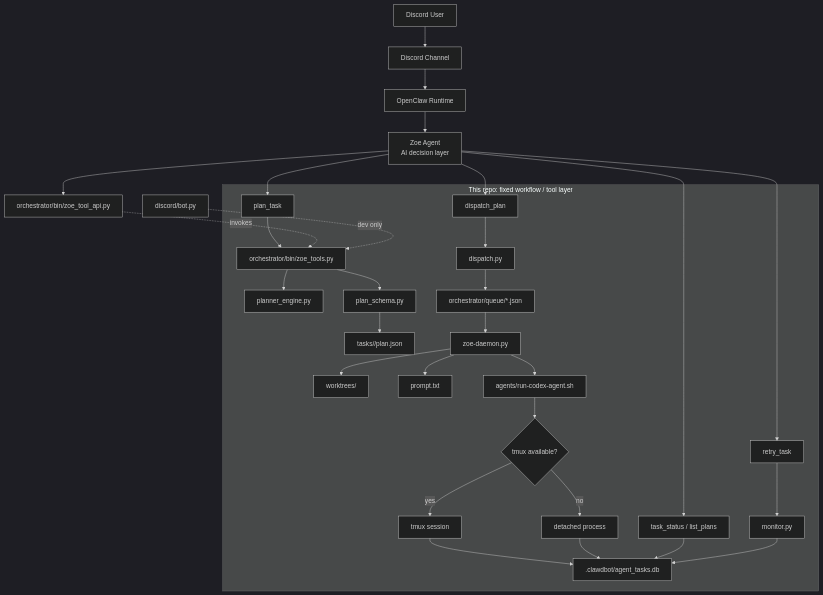
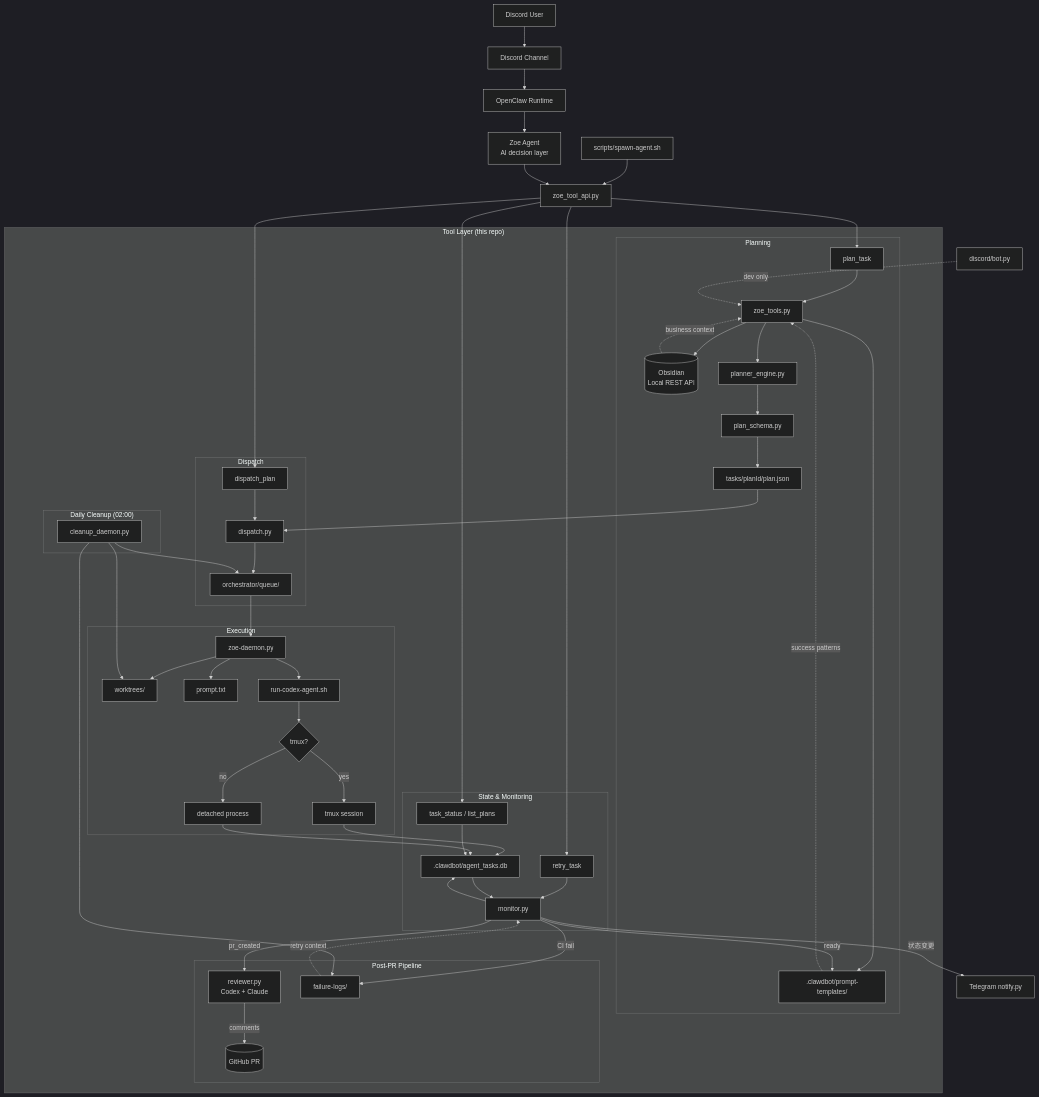
Before and after one commit to gordon8018/ai-devops: the first of 2 diagrams in README.md, drawn with Mermaid (dark theme). The commit also changed other lines of this file, not shown here.

First line of the commit message:
docs: update README with full architecture diagrams and new components

````diff
--- a/README.md
+++ b/README.md
@@ -31,41 +36,69 @@
 ```mermaid
 flowchart TD
     U[Discord User] --> DC[Discord Channel]
     DC --> OC[OpenClaw Runtime]
     OC --> Z[Zoe Agent<br/>AI decision layer]
+    CLI[scripts/spawn-agent.sh] --> API
 
-    Z --> T1[plan_task]
-    Z --> T2[dispatch_plan]
-    Z --> T3[task_status / list_plans]
-    Z --> T4[retry_task]
+    Z --> API[zoe_tool_api.py]
+    API --> T1[plan_task]
+    API --> T2[dispatch_plan]
+    API --> T3[task_status / list_plans]
+    API --> T4[retry_task]
 
-    subgraph ToolLayer["This repo: fixed workflow / tool layer"]
-        T1 --> P[orchestrator/bin/zoe_tools.py]
-        P --> E[planner_engine.py]
-        P --> S[plan_schema.py]
-        S --> T[tasks/<planId>/plan.json]
+    subgraph ToolLayer["Tool Layer (this repo)"]
+        subgraph Planning["Planning"]
+            T1 --> ZT[zoe_tools.py]
+            ZT --> OBS[(Obsidian<br/>Local REST API)]
+            ZT --> TPL[.clawdbot/prompt-templates/]
+            OBS -. business context .-> ZT
+            TPL -. success patterns .-> ZT
+            ZT --> PE[planner_engine.py]
+            PE --> PS[plan_schema.py]
+            PS --> PJ[tasks/planId/plan.json]
+        end
 
-        T2 --> D[dispatch.py]
-        D --> Q[orchestrator/queue/*.json]
+        subgraph Dispatch["Dispatch"]
+            T2 --> DP[dispatch.py]
+            PJ --> DP
+            DP --> Q[orchestrator/queue/]
+        end
 
-        Q --> ZD[zoe-daemon.py]
-        ZD --> W[worktrees/]
-        ZD --> PR[prompt.txt]
-        ZD --> A[agents/run-codex-agent.sh]
+        subgraph Execution["Execution"]
+            Q --> ZD[zoe-daemon.py]
+            ZD --> WT[worktrees/]
+            ZD --> PT[prompt.txt]
+            ZD --> AG[run-codex-agent.sh]
+            AG --> X{tmux?}
+            X -->|yes| TM[tmux session]
+            X -->|no| BG[detached process]
+        end
 
-        A --> X{tmux available?}
-        X -->|yes| TM[tmux session]
-        X -->|no| BG[detached process]
+        subgraph Tracking["State & Monitoring"]
+            TM --> DB[.clawdbot/agent_tasks.db]
+            BG --> DB
+            T3 --> DB
+            T4 --> M[monitor.py]
+            M --> DB
+            DB --> M
+        end
 
-        TM --> REG[.clawdbot/agent_tasks.db]
-        BG --> REG
+        subgraph PostMerge["Post-PR Pipeline"]
+            M -->|pr_created| RV[reviewer.py<br/>Codex + Claude]
+            RV -->|comments| GH[(GitHub PR)]
+            M -->|CI fail| FL[failure-logs/]
+            M -->|ready| TPL
+            FL -. retry context .-> M
+        end
 
-        T3 --> REG
-        T4 --> M[monitor.py]
-        M --> REG
+        subgraph Maintenance["Daily Cleanup (02:00)"]
+            CD[cleanup_daemon.py]
+            CD --> WT
+            CD --> Q
+            CD --> FL
+        end
     end
 
-    Z --> API[orchestrator/bin/zoe_tool_api.py]
-    API -. invokes .-> P
-    B[discord/bot.py] -. dev only .-> P
+    M -->|状态变更| TG[Telegram notify.py]
+    B[discord/bot.py] -. dev only .-> ZT
 ```
````
